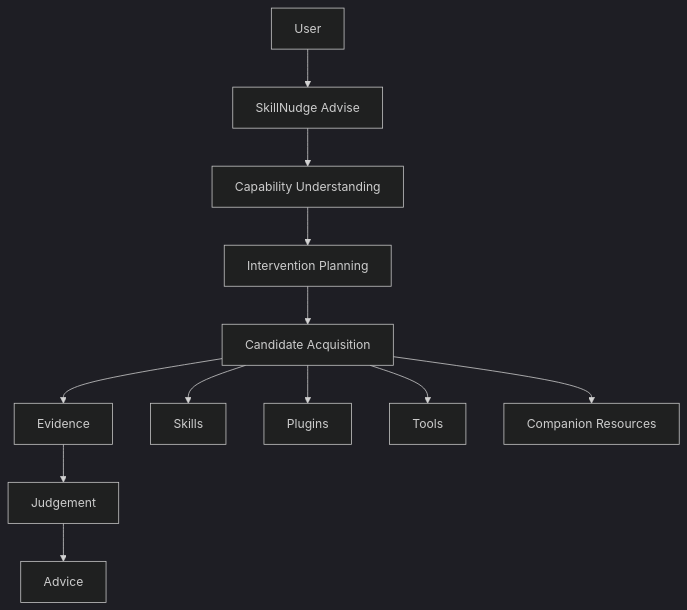
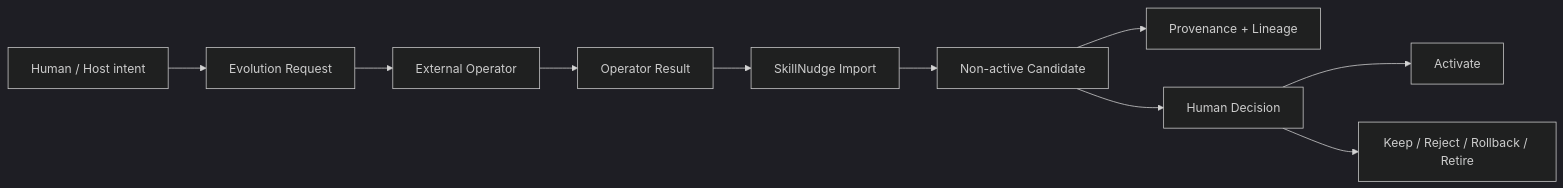
Before and after one commit to kaiykk/skillnudge: the diagram in docs/architecture.md, drawn with Mermaid (dark theme). The commit also changed other lines of this file and 12 other files, not shown here.

Commit message:
docs: reset product boundary for skill evolution control plane

````diff
--- a/docs/architecture.md
+++ b/docs/architecture.md
@@ -18,15 +8,12 @@
 ```mermaid
-flowchart TD
-    U[User] --> A[SkillNudge Advise]
-    A --> C[Capability Understanding]
-    C --> I[Intervention Planning]
-    I --> AC[Candidate Acquisition]
-    AC --> E[Evidence]
-    E --> J[Judgement]
-    J --> F[Advice]
-
-    AC --> S[Skills]
-    AC --> P[Plugins]
-    AC --> T[Tools]
-    AC --> R[Companion Resources]
+flowchart LR
+    H[Human / Host intent] --> R[Evolution Request]
+    R --> O[External Operator]
+    O --> X[Operator Result]
+    X --> I[SkillNudge Import]
+    I --> C[Non-active Candidate]
+    C --> P[Provenance + Lineage]
+    C --> D[Human Decision]
+    D --> A[Activate]
+    D --> K[Keep / Reject / Rollback / Retire]
 ```
````
